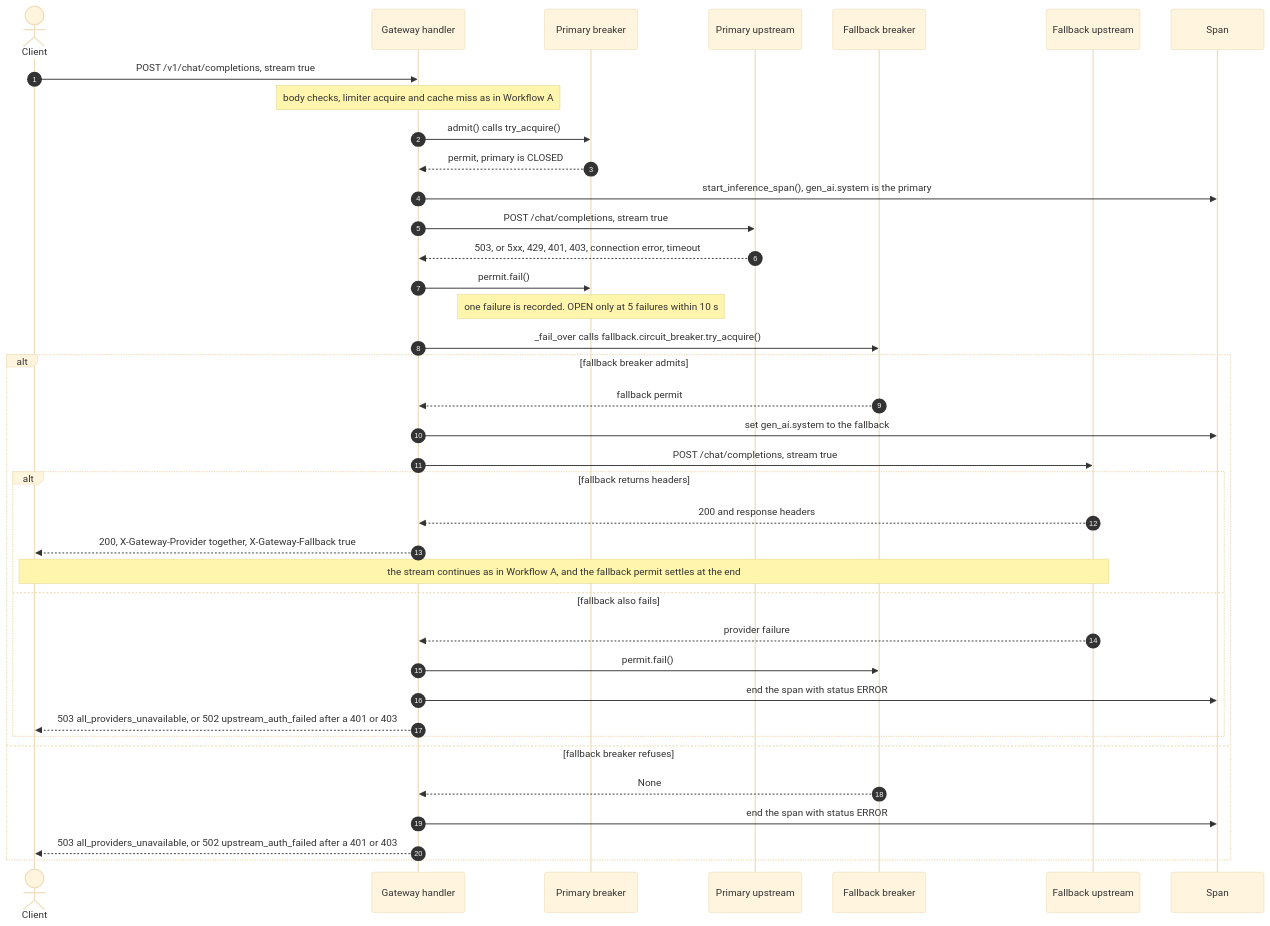
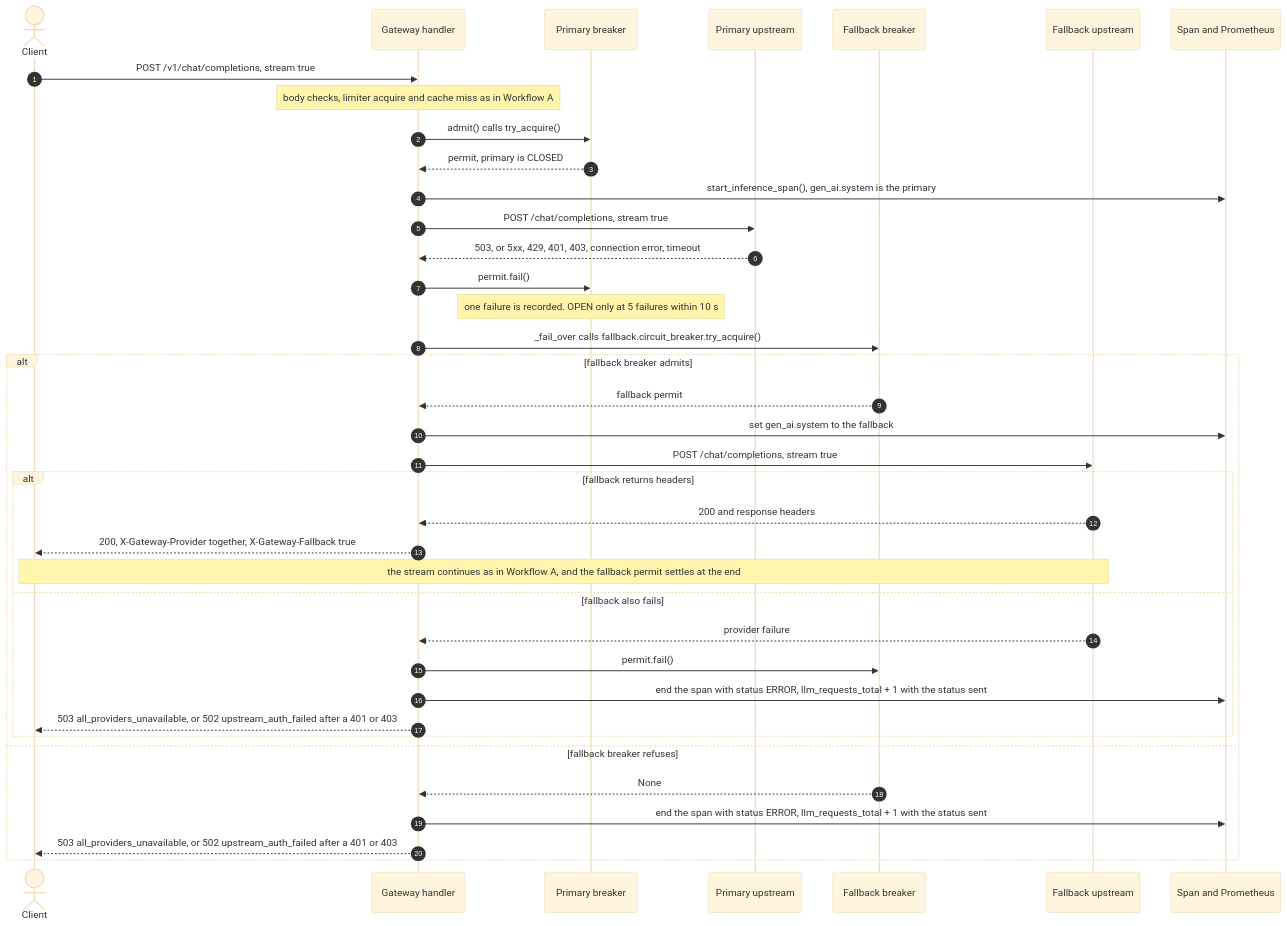
One commit to OmChauhan9/ai-gateway-streaming changed the second of 6 diagrams in WORKFLOW_AND_LIFECYCLE.md. Above: the diagram before and after it, drawn with Mermaid (base theme). The commit also changed other lines of this file and 1 other file, not shown here.

````diff
--- a/WORKFLOW_AND_LIFECYCLE.md
+++ b/WORKFLOW_AND_LIFECYCLE.md
@@ -242,41 +242,41 @@
 ```mermaid
 sequenceDiagram
     autonumber
     actor Client
     participant GW as Gateway handler
     participant PB as Primary breaker
     participant Pri as Primary upstream
     participant FB as Fallback breaker
     participant Fb as Fallback upstream
-    participant Tel as Span
+    participant Tel as Span and Prometheus
 
     Client->>GW: POST /v1/chat/completions, stream true
     Note over GW: body checks, limiter acquire and cache miss as in Workflow A
     GW->>PB: admit() calls try_acquire()
     PB-->>GW: permit, primary is CLOSED
     GW->>Tel: start_inference_span(), gen_ai.system is the primary
     GW->>Pri: POST /chat/completions, stream true
     Pri-->>GW: 503, or 5xx, 429, 401, 403, connection error, timeout
     GW->>PB: permit.fail()
     Note over PB: one failure is recorded. OPEN only at 5 failures within 10 s
     GW->>FB: _fail_over calls fallback.circuit_breaker.try_acquire()
     alt fallback breaker admits
         FB-->>GW: fallback permit
         GW->>Tel: set gen_ai.system to the fallback
         GW->>Fb: POST /chat/completions, stream true
         alt fallback returns headers
             Fb-->>GW: 200 and response headers
             GW-->>Client: 200, X-Gateway-Provider together, X-Gateway-Fallback true
             Note over Client,Fb: the stream continues as in Workflow A, and the fallback permit settles at the end
         else fallback also fails
             Fb-->>GW: provider failure
             GW->>FB: permit.fail()
-            GW->>Tel: end the span with status ERROR
+            GW->>Tel: end the span with status ERROR, llm_requests_total + 1 with the status sent
             GW-->>Client: 503 all_providers_unavailable, or 502 upstream_auth_failed after a 401 or 403
         end
     else fallback breaker refuses
         FB-->>GW: None
-        GW->>Tel: end the span with status ERROR
+        GW->>Tel: end the span with status ERROR, llm_requests_total + 1 with the status sent
         GW-->>Client: 503 all_providers_unavailable, or 502 upstream_auth_failed after a 401 or 403
     end
 ```
````
